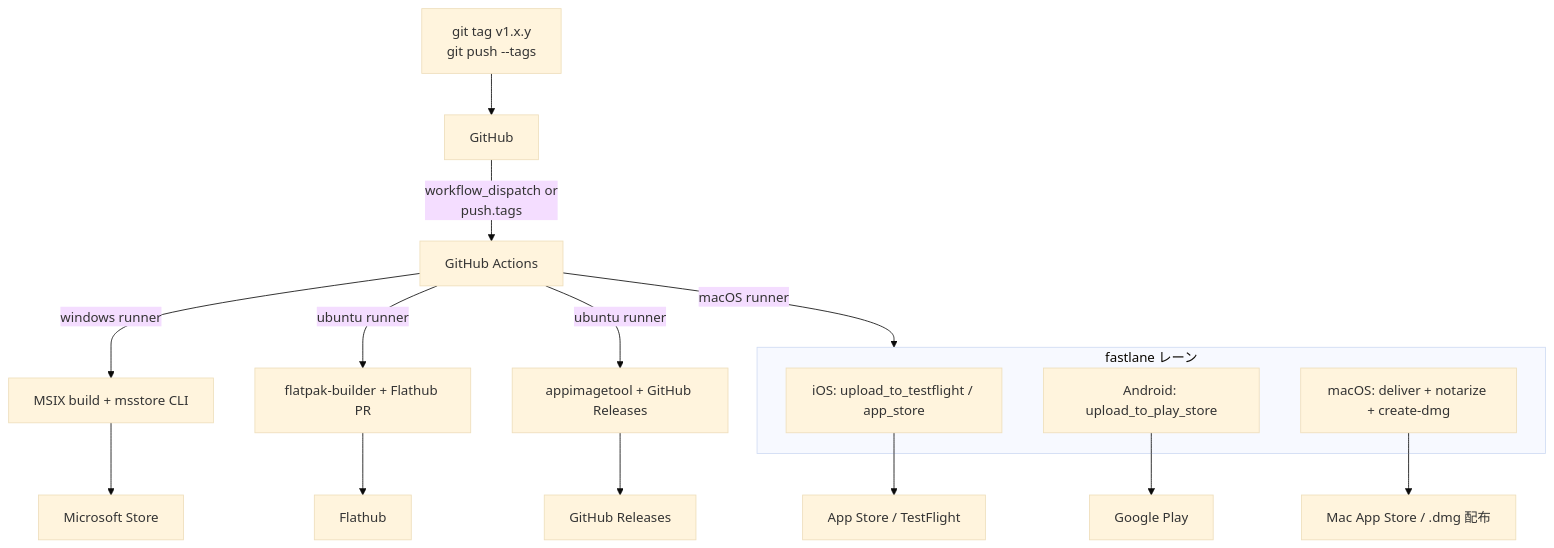
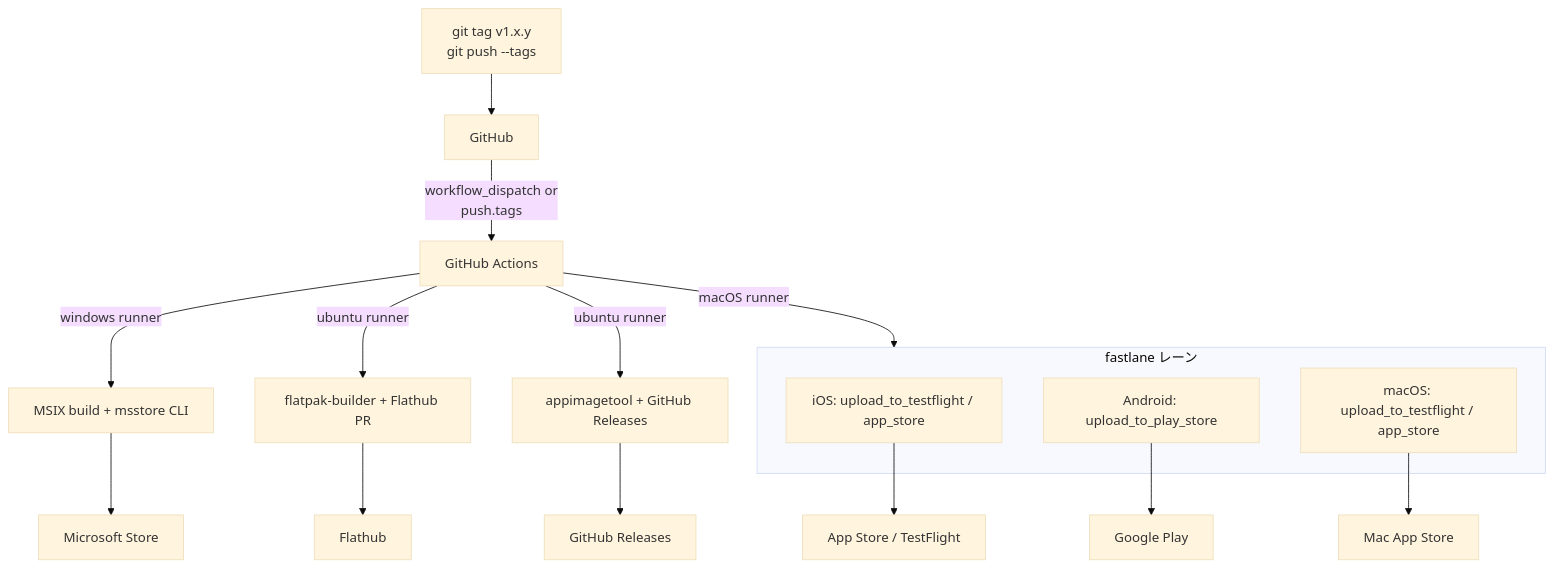
One commit to pooza/capsicum changed the second of 2 diagrams in docs/release-pipeline.md. Above: the diagram before and after it, drawn with Mermaid (base theme). The commit also changed other lines of this file and 3 other files, not shown here.

````diff
--- a/docs/release-pipeline.md
+++ b/docs/release-pipeline.md
@@ -33,23 +33,23 @@
 ```mermaid
 flowchart TB
     tag[git tag v1.x.y<br/>git push --tags] --> gh[GitHub]
     gh -->|workflow_dispatch or<br/>push.tags| actions[GitHub Actions]
 
     subgraph fastlane [fastlane レーン]
         ios_lane[iOS: upload_to_testflight / app_store]
         and_lane[Android: upload_to_play_store]
-        mac_lane[macOS: deliver + notarize + create-dmg]
+        mac_lane[macOS: upload_to_testflight / app_store]
     end
 
     actions -->|macOS runner| fastlane
     actions -->|windows runner| win[MSIX build + msstore CLI]
     actions -->|ubuntu runner| flat[flatpak-builder + Flathub PR]
     actions -->|ubuntu runner| appimg[appimagetool + GitHub Releases]
 
     ios_lane --> appstore[App Store / TestFlight]
     and_lane --> playstore[Google Play]
-    mac_lane --> macstore[Mac App Store / .dmg 配布]
+    mac_lane --> macstore[Mac App Store]
     win --> msstore[Microsoft Store]
     flat --> flathub[Flathub]
     appimg --> ghrel[GitHub Releases]
 ```
````
